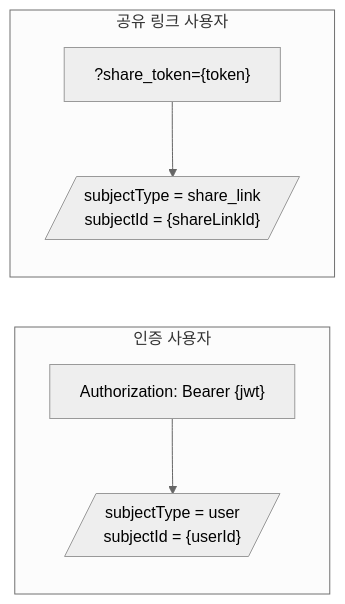
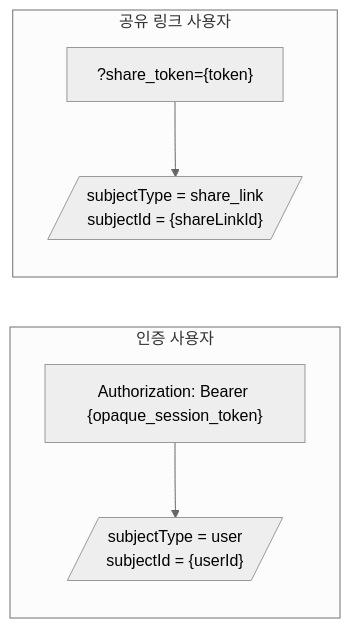
The third of 11 diagrams in docs/설계/pipeline/다운로드 파이프라인.md (Cloud-Sharp/docs), drawn with Mermaid (neutral theme) before and after one commit. The commit also changed other lines of this file and 6 other files, not shown here.

Commit message:
Switch auth docs to opaque session tokens

````diff
--- a/docs/설계/pipeline/다운로드 파이프라인.md
+++ b/docs/설계/pipeline/다운로드 파이프라인.md
@@ -143,12 +143,12 @@
 ```mermaid
 flowchart LR
     subgraph 인증 사용자
-        A1["Authorization: Bearer {jwt}"] --> A2[/"subjectType = user
+        A1["Authorization: Bearer {opaque_session_token}"] --> A2[/"subjectType = user
         subjectId = {userId}"/]
     end
 
     subgraph 공유 링크 사용자
         B1["?share_token={token}"] --> B2[/"subjectType = share_link
         subjectId = {shareLinkId}"/]
     end
 ```
````
